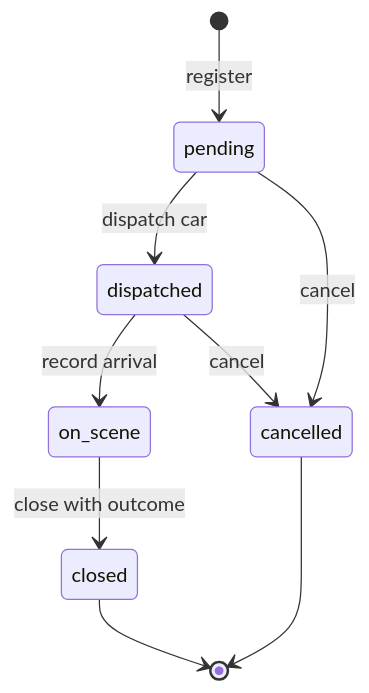
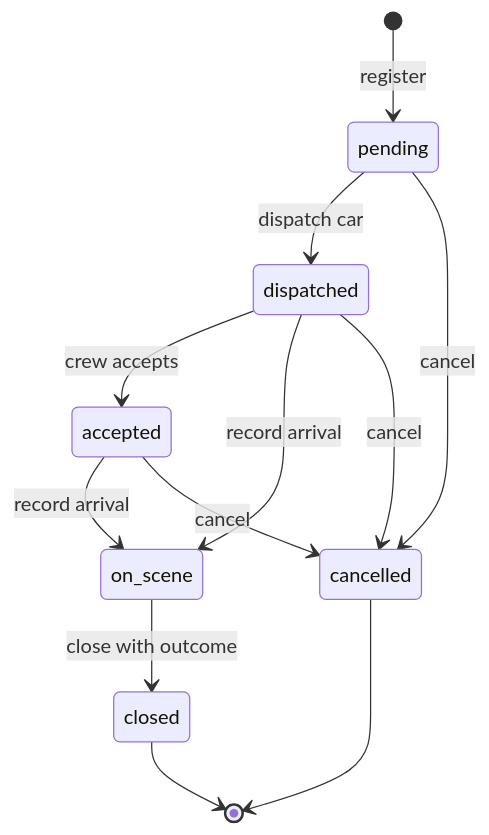
Before and after one commit to jromanovs/patrol-call-system: the second of 2 diagrams in SPECIFICATION.md, drawn with Mermaid. The commit also changed other lines of this file, not shown here.

First line of the commit message:
docs(spec): the crew accepts the call; reminders until it does (UPD-12, CRW-06)

````diff
--- a/SPECIFICATION.md
+++ b/SPECIFICATION.md
@@ -271,11 +273,14 @@
 ```mermaid
 stateDiagram-v2
     [*] --> pending : register
     pending --> dispatched : dispatch car
+    dispatched --> accepted : crew accepts
+    accepted --> on_scene : record arrival
     dispatched --> on_scene : record arrival
     on_scene --> closed : close with outcome
     pending --> cancelled : cancel
     dispatched --> cancelled : cancel
+    accepted --> cancelled : cancel
     closed --> [*]
     cancelled --> [*]
 ```
````
